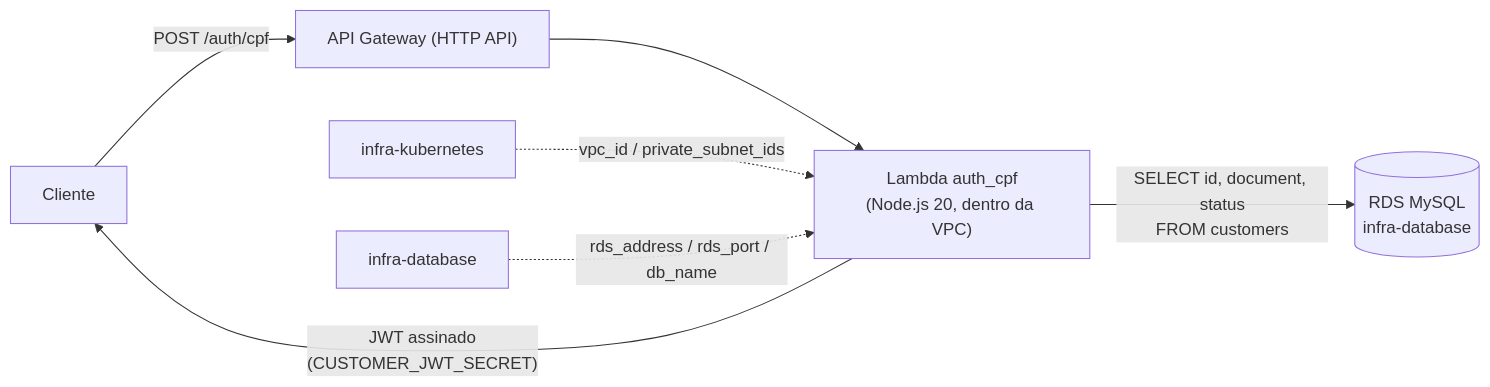
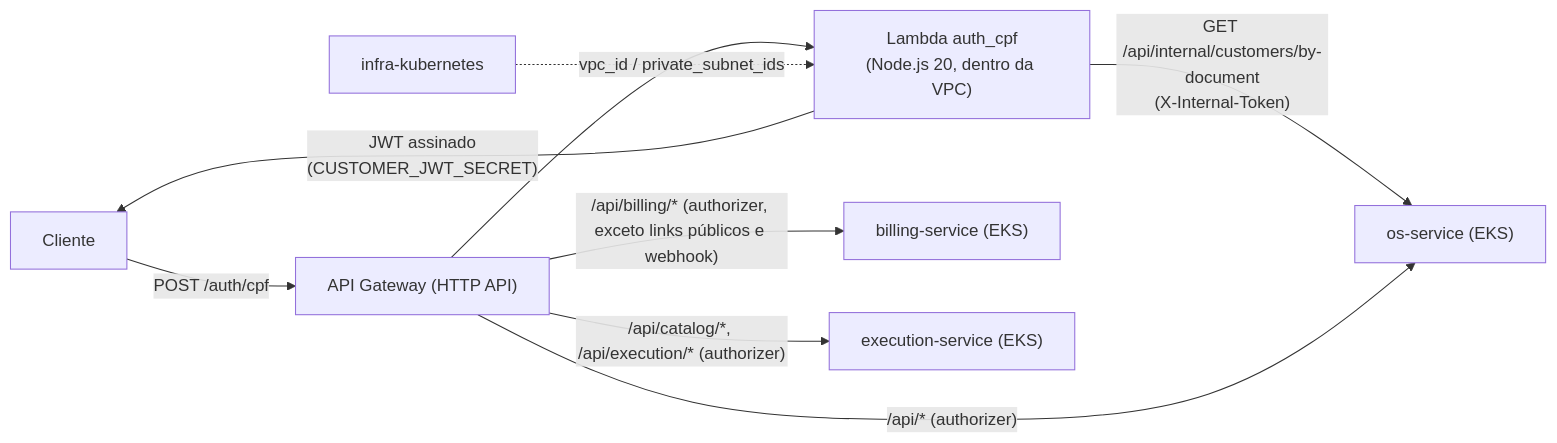
The diagram in README.md (VinnyTechDevelopment/lambda-auth-cpf-fiap), drawn with Mermaid before and after one commit. The commit also changed other lines of this file and 14 other files, not shown here.

````diff
--- a/README.md
+++ b/README.md
@@ -7,9 +9,11 @@
 ```mermaid
 flowchart LR
     Cliente -->|"POST /auth/cpf"| GW["API Gateway (HTTP API)"]
     GW --> Lambda["Lambda auth_cpf\n(Node.js 20, dentro da VPC)"]
-    Lambda -->|"SELECT id, document, status\nFROM customers"| RDS[("RDS MySQL\ninfra-database")]
+    Lambda -->|"GET /api/internal/customers/by-document\n(X-Internal-Token)"| OS["os-service (EKS)"]
     Lambda -->|"JWT assinado\n(CUSTOMER_JWT_SECRET)"| Cliente
     IK["infra-kubernetes"] -.->|"vpc_id / private_subnet_ids"| Lambda
-    ID["infra-database"] -.->|"rds_address / rds_port / db_name"| Lambda
+    GW -->|"/api/* (authorizer)"| OS
+    GW -->|"/api/billing/* (authorizer, exceto links públicos e webhook)"| BI["billing-service (EKS)"]
+    GW -->|"/api/catalog/*, /api/execution/* (authorizer)"| EX["execution-service (EKS)"]
 ```
````
